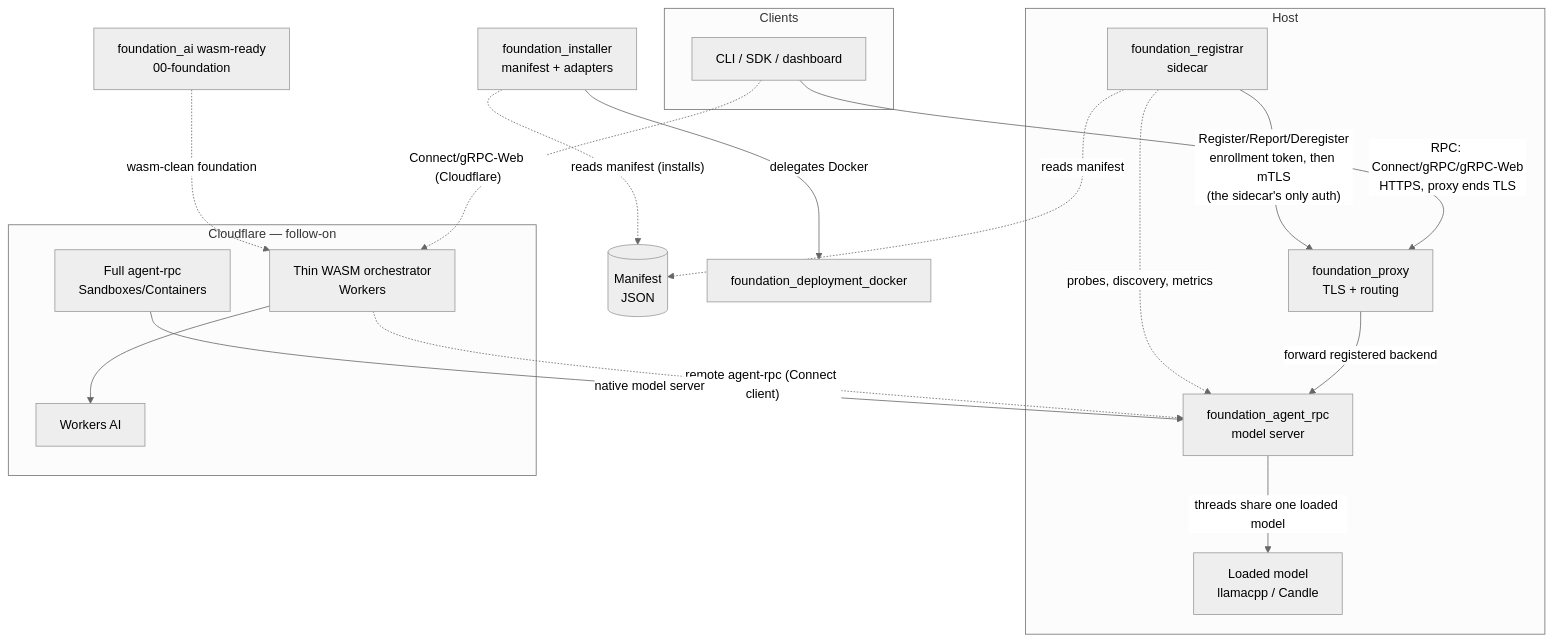
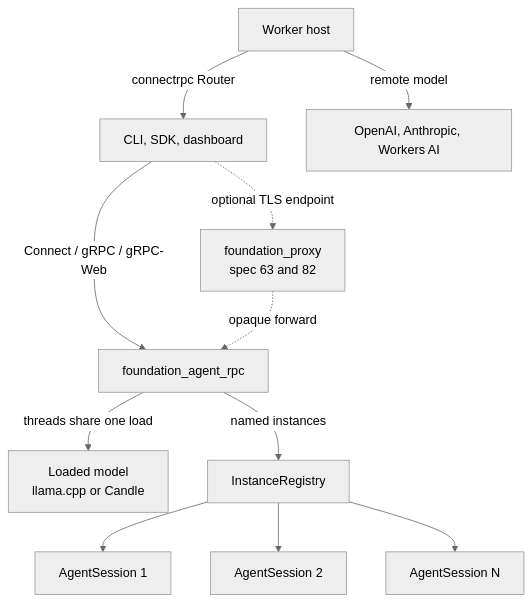
Before and after one commit to ewe-studios/ewe_platform: the first of 2 diagrams in specifications/65-agent-rpc-serving-system/requirements.md, drawn with Mermaid (neutral theme). The commit also changed other lines of this file and 92 other files, not shown here.

````diff
--- a/specifications/65-agent-rpc-serving-system/requirements.md
+++ b/specifications/65-agent-rpc-serving-system/requirements.md
@@ -285,38 +91,13 @@
 ```mermaid
 graph TD
-    subgraph Clients
-        CLI[CLI / SDK / dashboard]
-    end
-
-    subgraph Host
-        PROXY[foundation_proxy<br/>TLS + routing]
-        REG[foundation_registrar<br/>sidecar]
-        ARPC[foundation_agent_rpc<br/>model server]
-        MODEL[Loaded model<br/>llamacpp / Candle]
-    end
-
-    subgraph Edge[Cloudflare — follow-on]
-        WORCH[Thin WASM orchestrator<br/>Workers]
-        SB[Full agent-rpc<br/>Sandboxes/Containers]
-        WAI[Workers AI]
-    end
-
-    INST[foundation_installer<br/>manifest + adapters]
-    MANIFEST[(Manifest<br/>JSON)]
-    FOUND[foundation_ai wasm-ready<br/>00-foundation]
-
-    CLI -->|"RPC: Connect/gRPC/gRPC-Web<br/>HTTPS, proxy ends TLS"| PROXY
-    PROXY -->|"forward registered backend"| ARPC
-    ARPC -->|"threads share one loaded model"| MODEL
-    REG -->|"Register/Report/Deregister<br/>enrollment token, then mTLS<br/>(the sidecar's only auth)"| PROXY
-    REG -.->|"probes, discovery, metrics"| ARPC
-    REG -.->|"reads manifest"| MANIFEST
-    INST -.->|"reads manifest (installs)"| MANIFEST
-    INST -->|"delegates Docker"| DOCKER[foundation_deployment_docker]
-
-    CLI -.->|"Connect/gRPC-Web (Cloudflare)"| WORCH
-    WORCH --> WAI
-    WORCH -.->|"remote agent-rpc (Connect client)"| ARPC
-    SB -->|"native model server"| ARPC
-    FOUND -.->|"wasm-clean foundation"| WORCH
+    CLI[CLI, SDK, dashboard] -->|"Connect / gRPC / gRPC-Web"| ARPC[foundation_agent_rpc]
+    ARPC -->|threads share one load| MODEL[Loaded model<br/>llama.cpp or Candle]
+    ARPC -->|named instances| INST[InstanceRegistry]
+    INST --> S1[AgentSession 1]
+    INST --> S2[AgentSession 2]
+    INST --> S3[AgentSession N]
+    CLI -.->|optional TLS endpoint| PROXY[foundation_proxy<br/>spec 63 and 82]
+    PROXY -.->|opaque forward| ARPC
+    WORKER[Worker host] -->|remote model| CLOUD[OpenAI, Anthropic, Workers AI]
+    WORKER -->|connectrpc Router| CLI
 ```
````
